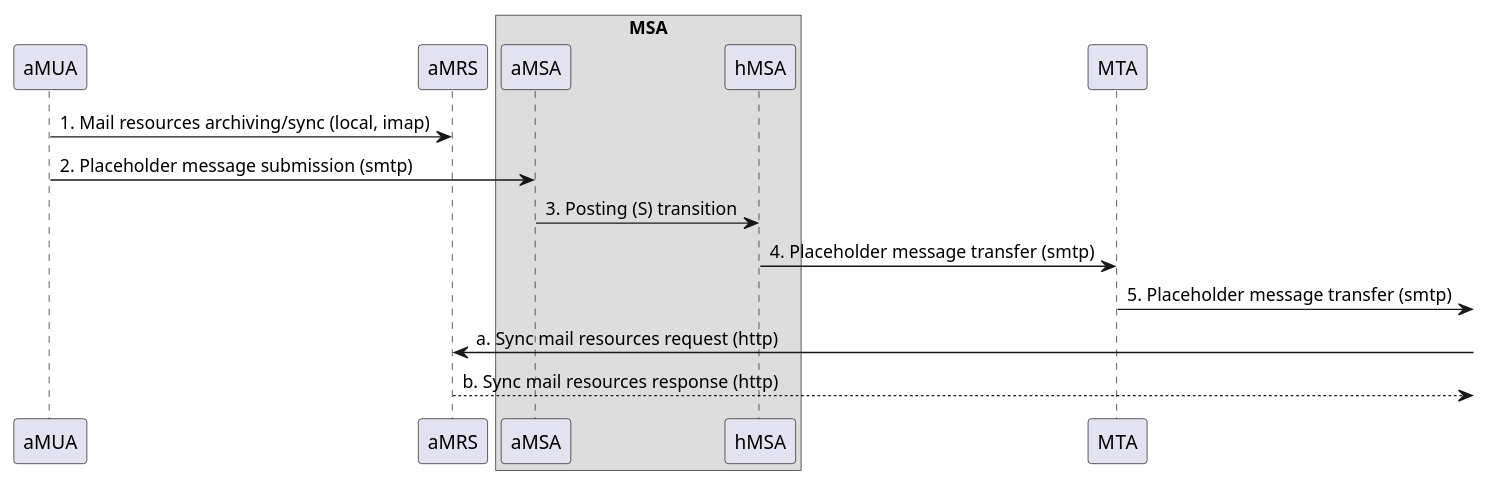
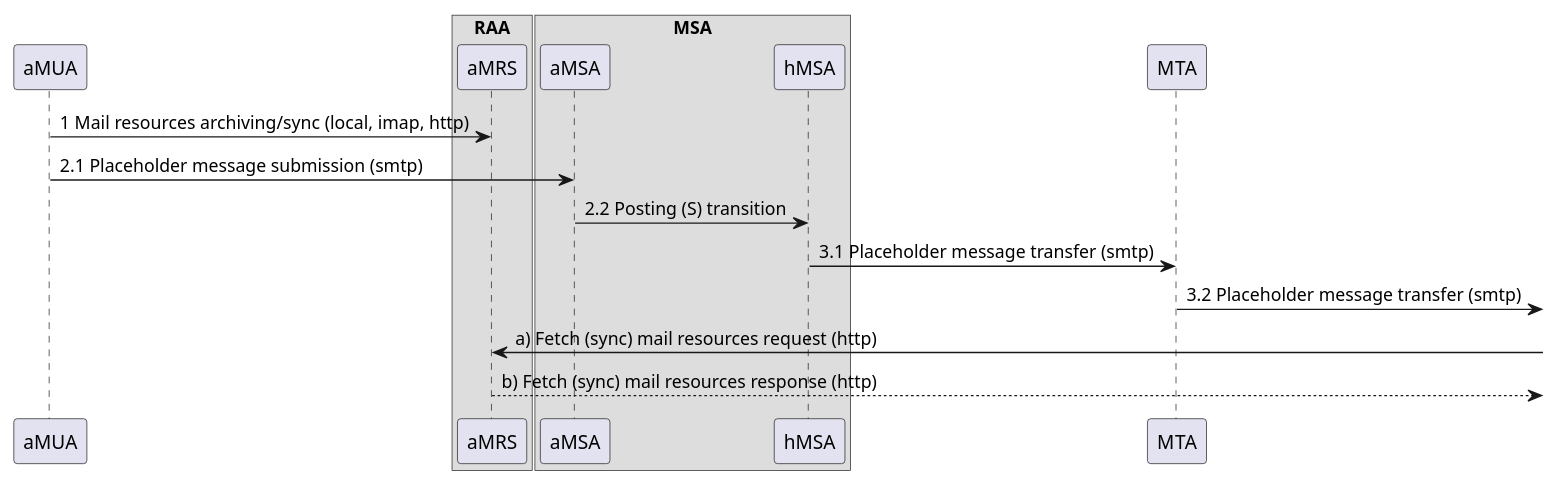
The diagram in docs/resources/authorization-enhanced_rfc5598_I_sd.puml (federizer/federizer), drawn with PlantUML before and after one commit. The commit also changed 6 other files, not shown here.

```diff
--- a/docs/resources/authorization-enhanced_rfc5598_I_sd.puml
+++ b/docs/resources/authorization-enhanced_rfc5598_I_sd.puml
@@ -1,38 +1,42 @@
 @startuml Authorization-Enhanced Internet Mail Architecture, message flow part I.
 
 /'
 Message
 Message User Agent (MUA)
     Author MUA (aMUA)
     Recipient MUA (rMUA)
 Message Submission Agent (MSA)
     Author-focused MSA functions (aMSA)
     MHS-focused MSA functions (hMSA)
 Message Transfer Agent (MTA)
 Message Delivery Agent (MDA)
     Recipient-focused MDA functions (rMDA)
     MHS-focused MDA functions (hMDA)
+Resource Fetch Agent (RFA)
+Resource Access Agent (RAA)
 Mail Resource Store (MRS)
     Author MRS (aMRS)
     Recipient MRS (rMRS)    
     User Agent MRS (uMRS)
 '/
 
 'ADMD I.
 participant "aMUA" as aMUA /'MUA, uMRS optional'/
+box "RAA" /'Resource Access Agent'/
 participant "aMRS" as aMRS /'Author MRS'/
-box "MSA"
+end box
+box "MSA" /'MSA'/
 participant "aMSA" as aMSA /'Author-focused MSA'/
 participant "hMSA" as hMSA /'MHS-focused MSA'/
 end box
 participant "MTA" as MTA /'MTA'/
 
-aMUA -> aMRS : 1. Mail resources archiving/sync (local, imap)
-aMUA -> aMSA : 2. Placeholder message submission (smtp)
-aMSA -> hMSA : 3. Posting (S) transition
-hMSA -> MTA : 4. Placeholder message transfer (smtp)
-MTA ->] : 5. Placeholder message transfer (smtp)
-aMRS <-] : a. Sync mail resources request (http)
-aMRS -->] : b. Sync mail resources response (http)
+aMUA -> aMRS : 1 Mail resources archiving/sync (local, imap, http)
+aMUA -> aMSA : 2.1 Placeholder message submission (smtp)
+aMSA -> hMSA : 2.2 Posting (S) transition
+hMSA -> MTA : 3.1 Placeholder message transfer (smtp)
+MTA ->] : 3.2 Placeholder message transfer (smtp)
+aMRS <-] : a) Fetch (sync) mail resources request (http)
+aMRS -->] : b) Fetch (sync) mail resources response (http)
 
 @enduml
```
